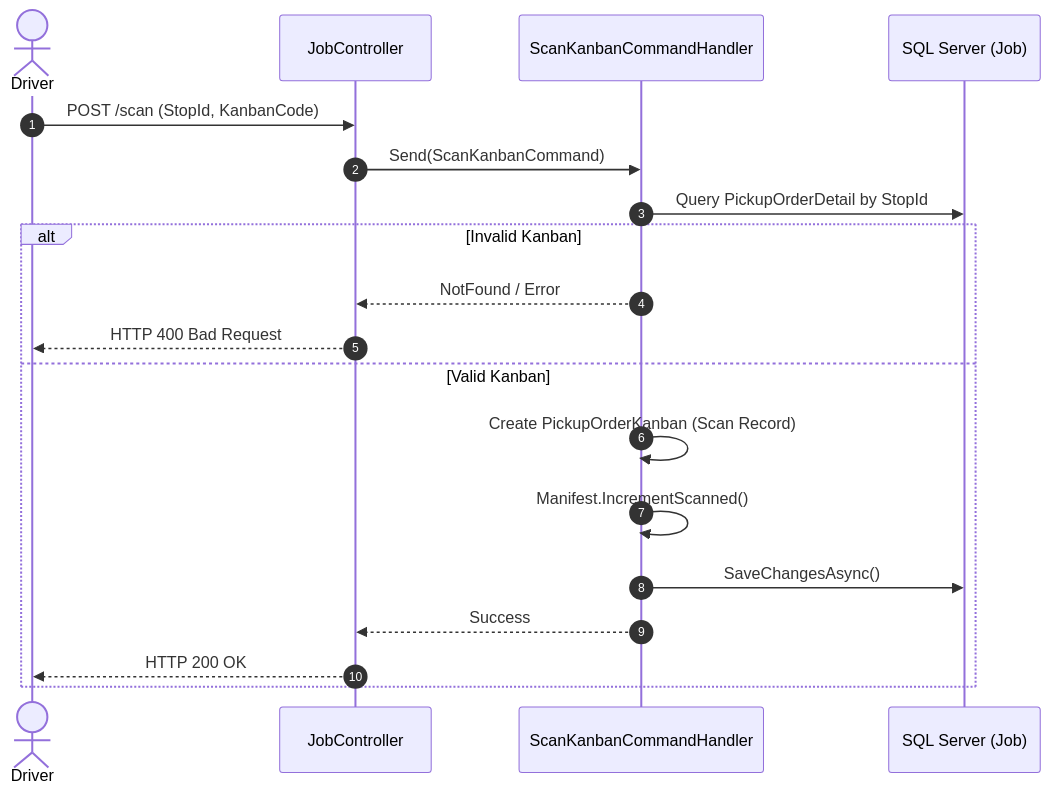
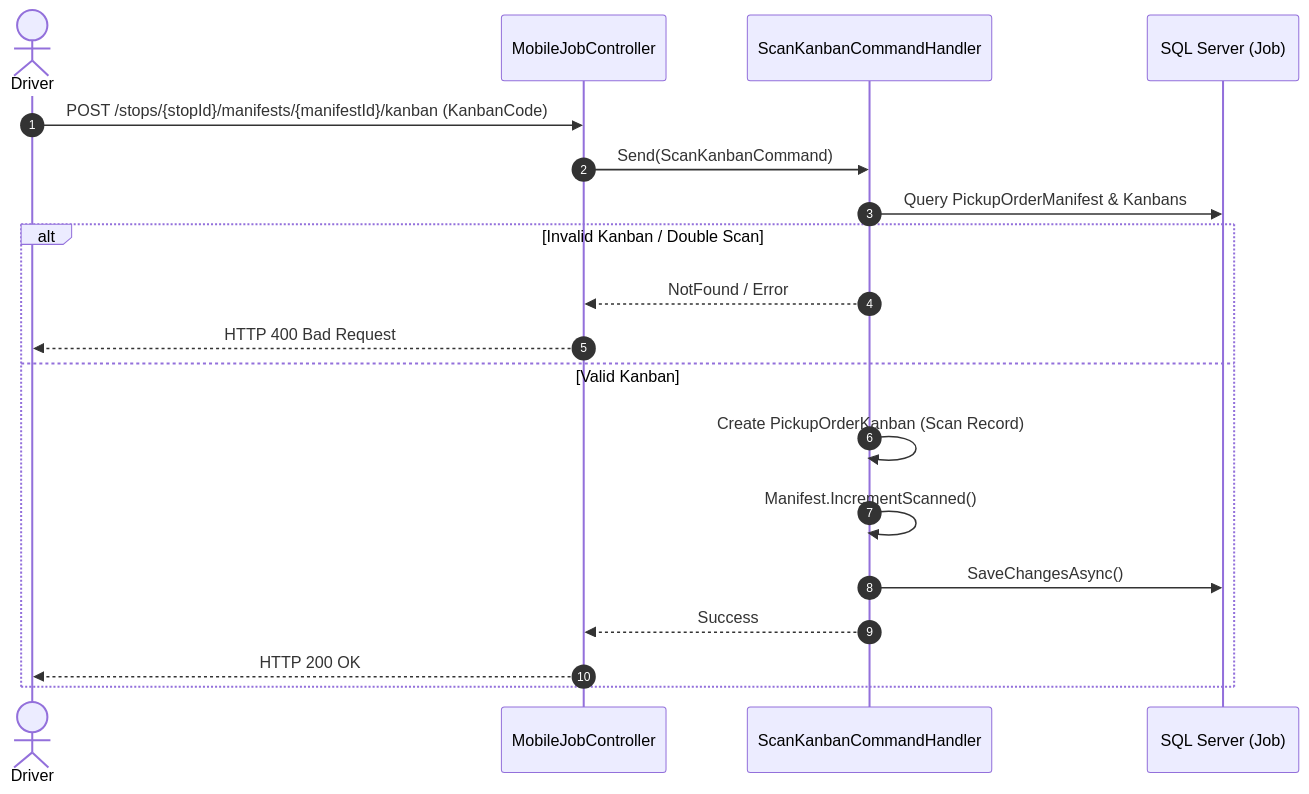
Before and after one commit to odealidj/minione-edcl-net: the fifth of 8 diagrams in docs/architecture/api-sequence-diagrams.md, drawn with Mermaid. The commit also changed other lines of this file and 15 other files, not shown here.

````diff
--- a/docs/architecture/api-sequence-diagrams.md
+++ b/docs/architecture/api-sequence-diagrams.md
@@ -183,23 +186,23 @@
 ```mermaid
 sequenceDiagram
     autonumber
     actor Driver
-    participant Ctrl as JobController
+    participant Ctrl as MobileJobController
     participant Hndl as ScanKanbanCommandHandler
     participant DB as SQL Server (Job)
 
-    Driver->>Ctrl: POST /scan (StopId, KanbanCode)
+    Driver->>Ctrl: POST /stops/{stopId}/manifests/{manifestId}/kanban (KanbanCode)
     Ctrl->>Hndl: Send(ScanKanbanCommand)
-    Hndl->>DB: Query PickupOrderDetail by StopId
+    Hndl->>DB: Query PickupOrderManifest & Kanbans
     
-    alt Invalid Kanban
+    alt Invalid Kanban / Double Scan
         Hndl-->>Ctrl: NotFound / Error
         Ctrl-->>Driver: HTTP 400 Bad Request
     else Valid Kanban
         Hndl->>Hndl: Create PickupOrderKanban (Scan Record)
         Hndl->>Hndl: Manifest.IncrementScanned()
         Hndl->>DB: SaveChangesAsync()
         Hndl-->>Ctrl: Success
         Ctrl-->>Driver: HTTP 200 OK
     end
 ```
````
